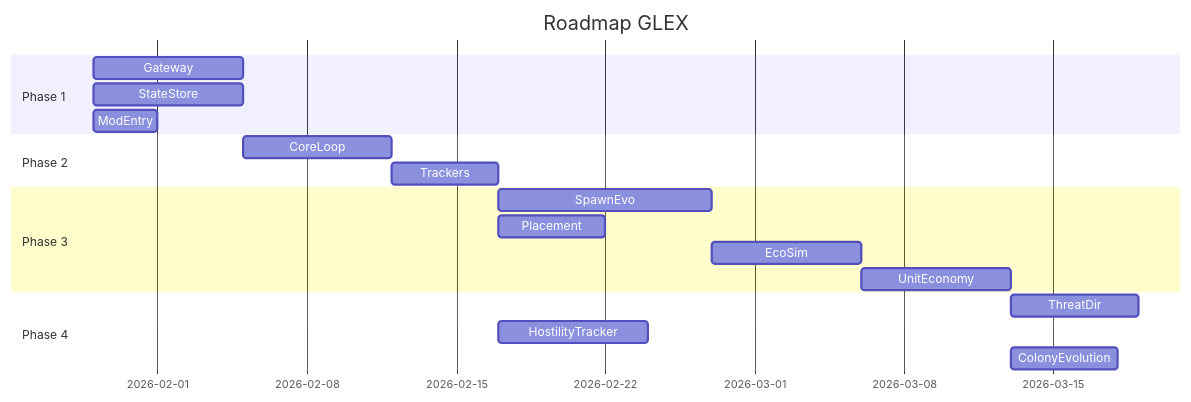
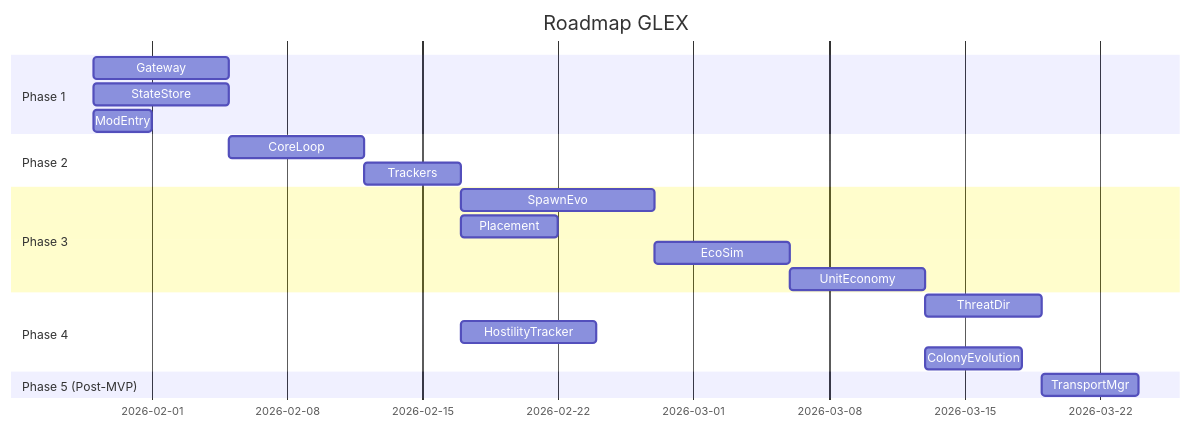
Before and after one commit to Gexon/GalacticExpansion: the diagram in memory-bank/activeContext.md, drawn with Mermaid. The commit also changed other lines of this file and 7 other files, not shown here.

````diff
--- a/memory-bank/activeContext.md
+++ b/memory-bank/activeContext.md
@@ -150,24 +185,27 @@
 ```mermaid
 gantt
     title Roadmap GLEX
     dateFormat YYYY-MM-DD
     section Phase 1
     Gateway :p1, 2026-01-29, 7d
     StateStore :p2, 2026-01-29, 7d
     ModEntry :p3, 2026-01-29, 3d
     
     section Phase 2
     CoreLoop :p4, after p1, 7d
     Trackers :p5, after p4, 5d
     
     section Phase 3
     SpawnEvo :p6, after p5, 10d
     Placement :p7, after p5, 5d
     EcoSim :p8, after p6, 7d
     UnitEconomy :p12, after p8, 7d
     
     section Phase 4
     ThreatDir :p9, after p12, 6d
     HostilityTracker :p10, after p5, 7d
     ColonyEvolution :p11, after p12, 5d
+    
+    section Phase 5 (Post-MVP)
+    TransportMgr :p13, after p9, 5d
 ```
````
